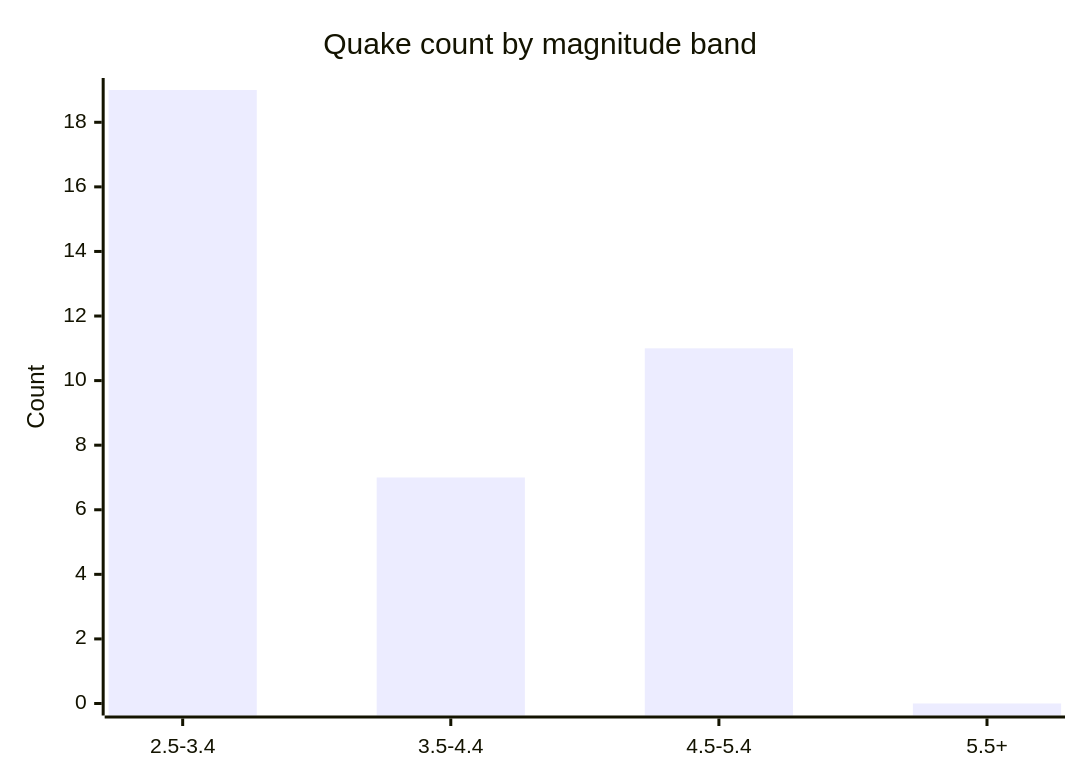
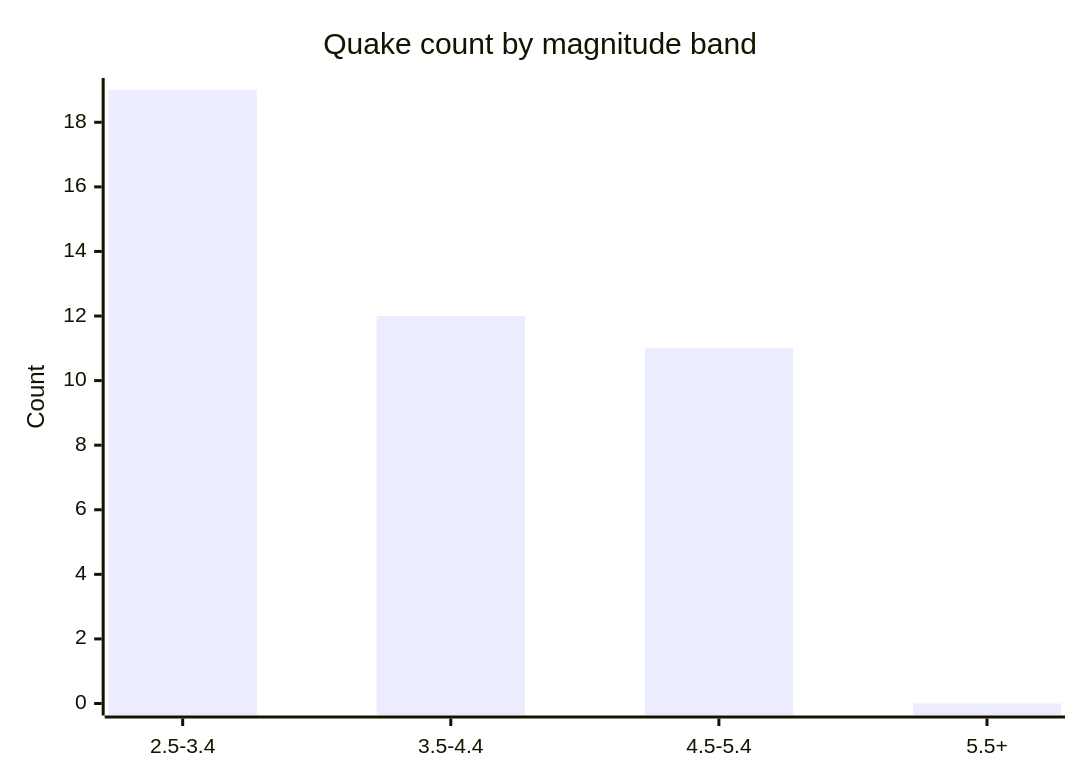
One commit to Midwest-Stratospheric/aerostratospheric-defense-gir changed the fifth of 6 diagrams in docs/GRAPHS.md. Above: the diagram before and after it, drawn with Mermaid. The commit also changed other lines of this file and 26 other files, not shown here.

````diff
--- a/docs/GRAPHS.md
+++ b/docs/GRAPHS.md
@@ -82,7 +82,7 @@
 ```mermaid
 xychart-beta
   title "Quake count by magnitude band"
   x-axis ["2.5-3.4", "3.5-4.4", "4.5-5.4", "5.5+"]
   y-axis "Count" 0 --> 19
-  bar [19, 7, 11, 0]
+  bar [19, 12, 11, 0]
 ```
````
